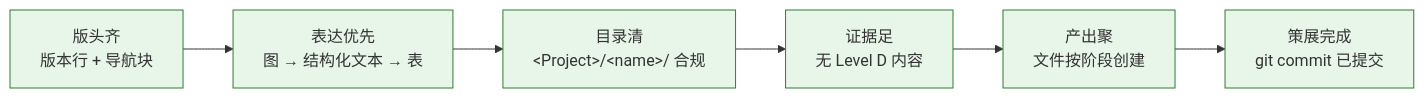
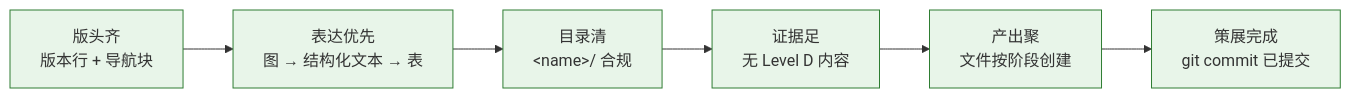
One commit to effiy/YrY changed the ninth of 9 diagrams in rules/doc-generation.md. Above: the diagram before and after it, drawn with Mermaid. The commit also changed other lines of this file and 9 other files, not shown here.

````diff
--- a/rules/doc-generation.md
+++ b/rules/doc-generation.md
@@ -259,10 +259,10 @@
 ```mermaid
 flowchart LR
     S1["版头齐<br/>版本行 + 导航块"]:::sig --> S2["表达优先<br/>图 → 结构化文本 → 表"]:::sig
-    S2 --> S3["目录清<br/>&lt;Project&gt;/&lt;name&gt;/ 合规"]:::sig
+    S2 --> S3["目录清<br/>&lt;name&gt;/ 合规"]:::sig
     S3 --> S4["证据足<br/>无 Level D 内容"]:::sig
     S4 --> S5["产出聚<br/>文件按阶段创建"]:::sig
     S5 --> S6["策展完成<br/>git commit 已提交"]:::sig
 
     classDef sig fill:#e8f5e9,stroke:#2e7d32;
 ```
````
